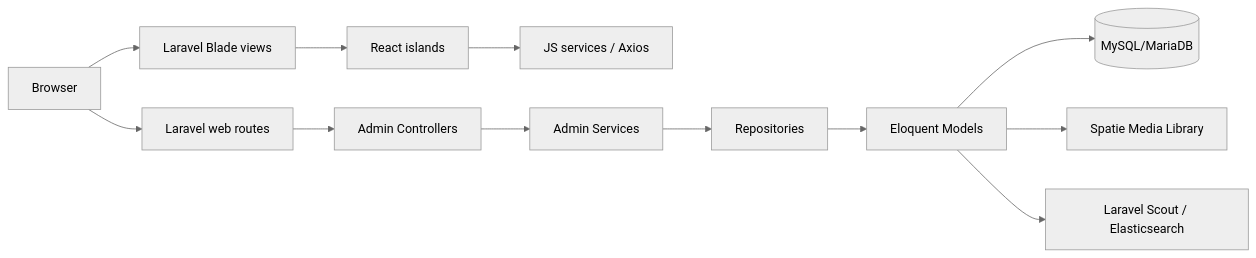
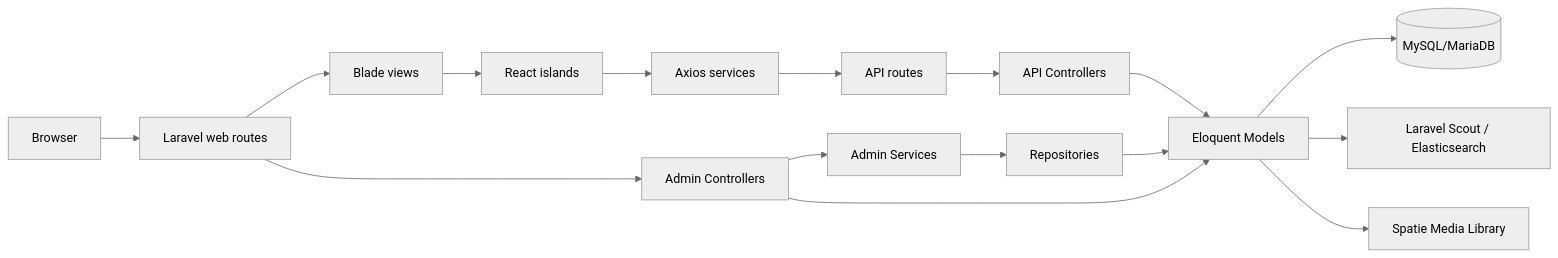
Before and after one commit to breakdown881/cosmetic-shop-react: the diagram in README.md, drawn with Mermaid (neutral theme). The commit also changed other lines of this file, not shown here.

````diff
--- a/README.md
+++ b/README.md
@@ -83,14 +97,19 @@
 ```mermaid
 flowchart LR
-    Browser["Browser"] --> Blade["Laravel Blade views"]
-    Blade --> React["React islands"]
-    React --> Services["JS services / Axios"]
-    Browser --> Routes["Laravel web routes"]
-    Routes --> Controllers["Admin Controllers"]
-    Controllers --> AppServices["Admin Services"]
-    AppServices --> Repositories["Repositories"]
-    Repositories --> Models["Eloquent Models"]
+    Browser["Browser"] --> WebRoutes["Laravel web routes"]
+    WebRoutes --> Blade["Blade views"]
+    Blade --> Islands["React islands"]
+    Islands --> Axios["Axios services"]
+    Axios --> ApiRoutes["API routes"]
+
+    WebRoutes --> AdminControllers["Admin Controllers"]
+    ApiRoutes --> ApiControllers["API Controllers"]
+    AdminControllers --> Services["Admin Services"]
+    Services --> Repositories["Repositories"]
+    AdminControllers --> Models["Eloquent Models"]
+    ApiControllers --> Models
+    Repositories --> Models
     Models --> DB[("MySQL/MariaDB")]
+    Models --> Scout["Laravel Scout / Elasticsearch"]
     Models --> Media["Spatie Media Library"]
-    Models --> Search["Laravel Scout / Elasticsearch"]
 ```
````
